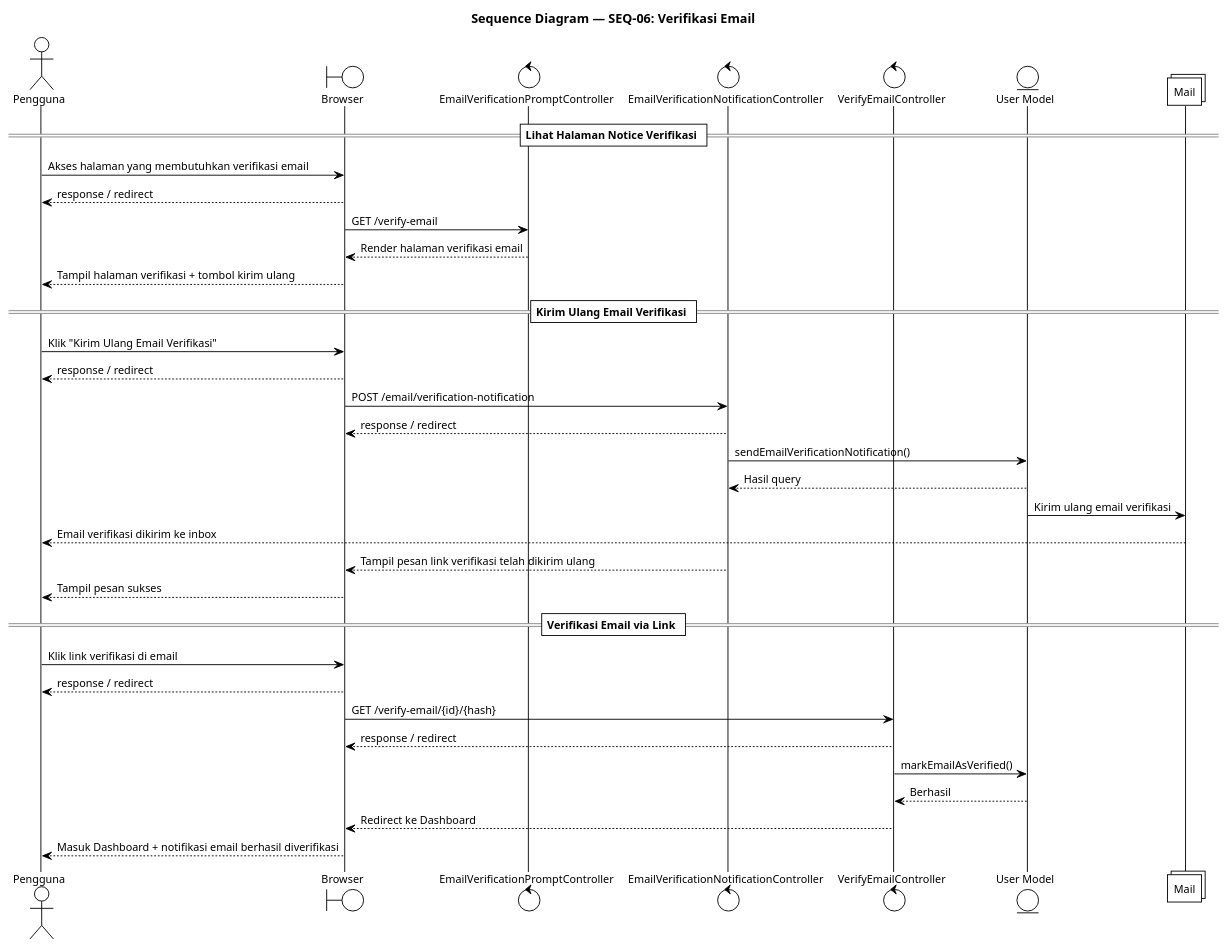
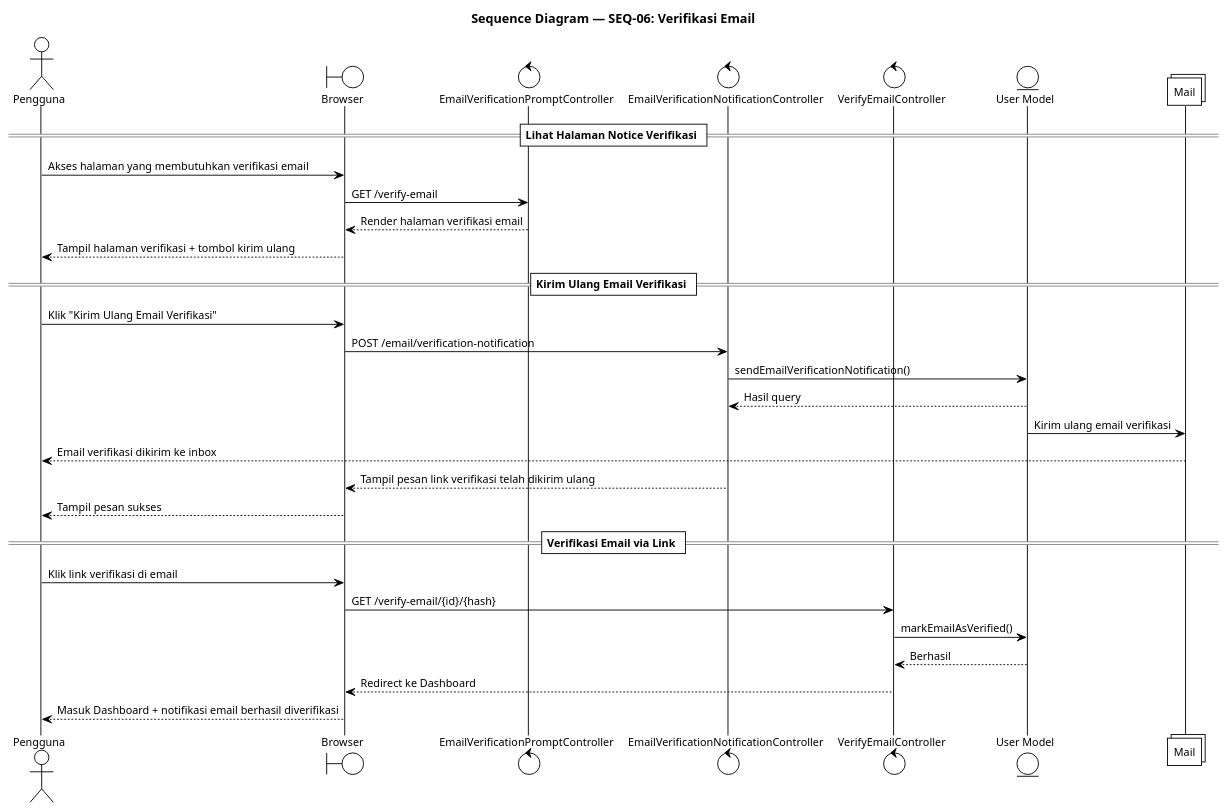
One commit to Habiboys/SILAB-DSI changed the diagram in docs/auth/sequence/SEQ_06_VERIFIKASI_EMAIL.puml. Above: the diagram before and after it, drawn with PlantUML. The commit also changed 126 other files, not shown here.

```diff
--- a/docs/auth/sequence/SEQ_06_VERIFIKASI_EMAIL.puml
+++ b/docs/auth/sequence/SEQ_06_VERIFIKASI_EMAIL.puml
@@ -1,47 +1,47 @@
 @startuml SEQ_06_VERIFIKASI_EMAIL
 !theme plain
 skinparam defaultFontSize 12
 skinparam TitleFontSize 14
 title Sequence Diagram — SEQ-06: Verifikasi Email
 
 actor       "Pengguna"                                as Pengguna
 boundary    "Browser"                                 as Browser
 control     "EmailVerificationPromptController"       as CtrlPrompt
 control     "EmailVerificationNotificationController" as CtrlNotif
 control     "VerifyEmailController"                   as CtrlVerify
 entity      "User Model"                              as Model
 collections "Mail"                                    as Mail
 
 == Lihat Halaman Notice Verifikasi ==
 
 Pengguna -> Browser    : Akses halaman yang membutuhkan verifikasi email
-Browser --> Pengguna : response / redirect
+
 Browser  -> CtrlPrompt : GET /verify-email
 CtrlPrompt --> Browser : Render halaman verifikasi email
 Browser  --> Pengguna  : Tampil halaman verifikasi + tombol kirim ulang
 
 == Kirim Ulang Email Verifikasi ==
 
 Pengguna -> Browser   : Klik "Kirim Ulang Email Verifikasi"
-Browser --> Pengguna : response / redirect
+
 Browser  -> CtrlNotif : POST /email/verification-notification
-CtrlNotif --> Browser : response / redirect
+
 CtrlNotif -> Model    : sendEmailVerificationNotification()
 Model --> CtrlNotif : Hasil query
 Model -> Mail         : Kirim ulang email verifikasi
 Mail --> Pengguna     : Email verifikasi dikirim ke inbox
 CtrlNotif --> Browser : Tampil pesan link verifikasi telah dikirim ulang
 Browser --> Pengguna  : Tampil pesan sukses
 
 == Verifikasi Email via Link ==
 
 Pengguna -> Browser    : Klik link verifikasi di email
-Browser --> Pengguna : response / redirect
+
 Browser  -> CtrlVerify : GET /verify-email/{id}/{hash}
-CtrlVerify --> Browser : response / redirect
+
 CtrlVerify -> Model    : markEmailAsVerified()
 Model --> CtrlVerify   : Berhasil
 CtrlVerify --> Browser : Redirect ke Dashboard
 Browser --> Pengguna   : Masuk Dashboard + notifikasi email berhasil diverifikasi
 
 @enduml
```
